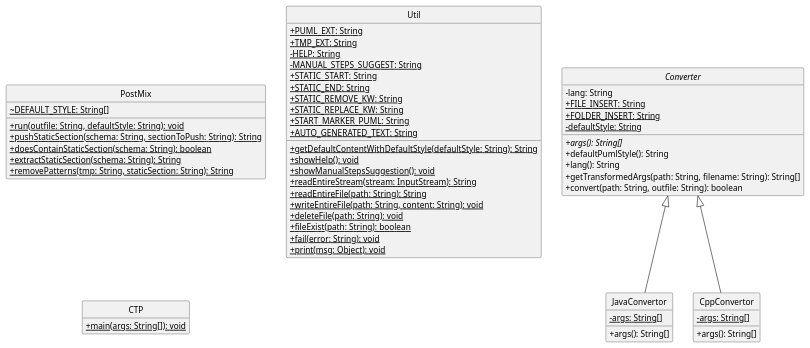
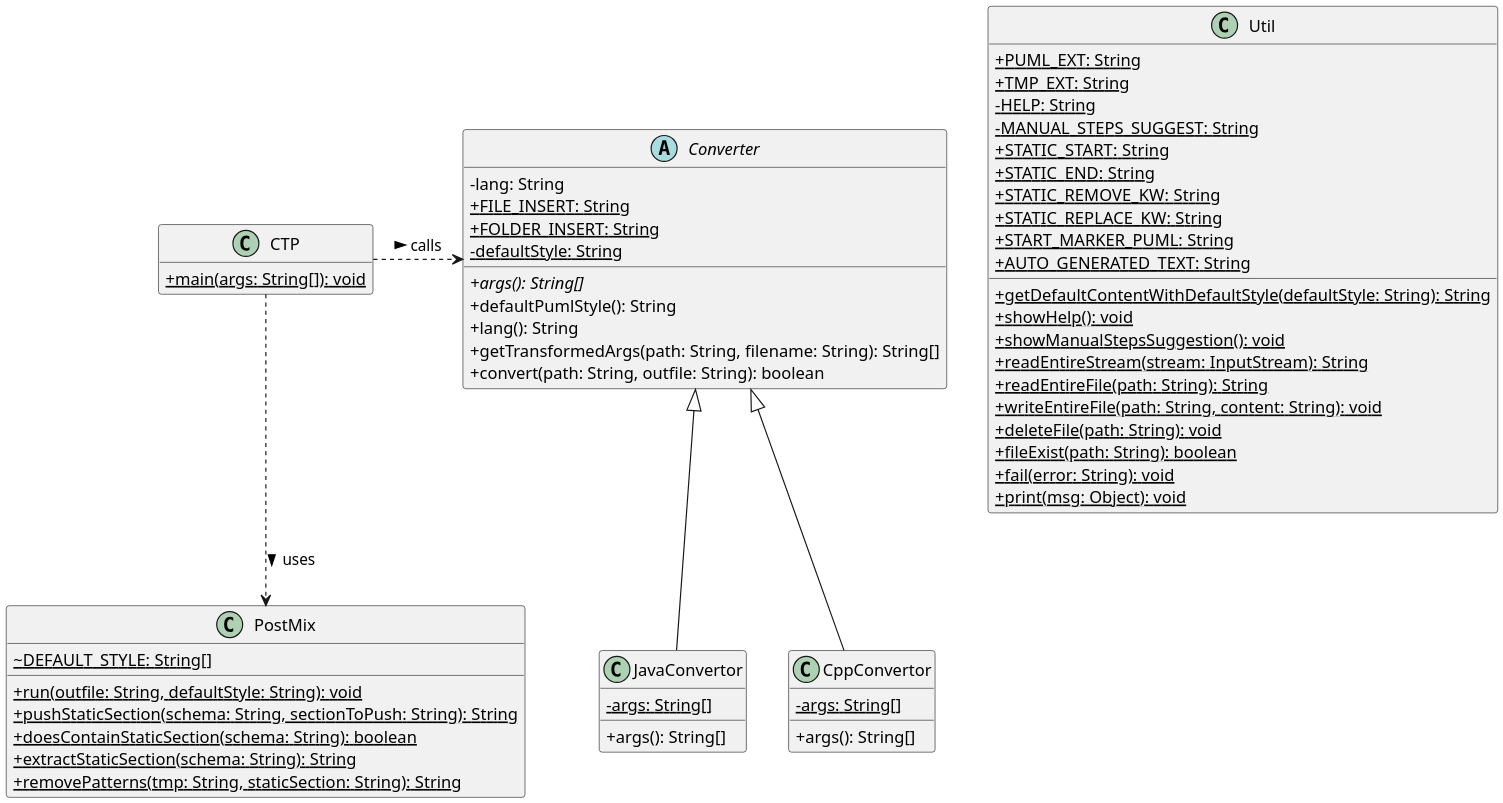
Before and after one commit to samuelroland/ctp: the diagram in examples/ctp.puml, drawn with PlantUML. The commit also changed 4 other files, not shown here.

```diff
--- a/examples/ctp.puml
+++ b/examples/ctp.puml
@@ -1,84 +1,83 @@
 @startuml
 
 ' STATIC
 ' Generated by CTP - https://github.com/samuelroland/ctp
 
 ' Style
 hide empty members
-hide circle
 skinparam classAttributeIconSize 0
-
+scale 2
 ' Additions
-
+CTP .down.> PostMix: uses >
+CTP .> Converter: calls >
 ' REMOVE
 
 ' ENDSTATIC
-
 abstract class Converter {
 	- lang: String
 	+ {static} FILE_INSERT: String
 	+ {static} FOLDER_INSERT: String
 	- {static} defaultStyle: String
 	+ {abstract}args(): String[]
 	+ defaultPumlStyle(): String
 	+ lang(): String
 	+ getTransformedArgs(path: String, filename: String): String[]
 	+ convert(path: String, outfile: String): boolean
 }
 
 
 class PostMix {
 	~ {static} DEFAULT_STYLE: String[]
 	+ {static} run(outfile: String, defaultStyle: String): void
 	+ {static} pushStaticSection(schema: String, sectionToPush: String): String
 	+ {static} doesContainStaticSection(schema: String): boolean
 	+ {static} extractStaticSection(schema: String): String
 	+ {static} removePatterns(tmp: String, staticSection: String): String
 }
 
 
 class Util {
 	+ {static} PUML_EXT: String
 	+ {static} TMP_EXT: String
 	- {static} HELP: String
 	- {static} MANUAL_STEPS_SUGGEST: String
 	+ {static} STATIC_START: String
 	+ {static} STATIC_END: String
 	+ {static} STATIC_REMOVE_KW: String
 	+ {static} STATIC_REPLACE_KW: String
 	+ {static} START_MARKER_PUML: String
 	+ {static} AUTO_GENERATED_TEXT: String
 	+ {static} getDefaultContentWithDefaultStyle(defaultStyle: String): String
 	+ {static} showHelp(): void
 	+ {static} showManualStepsSuggestion(): void
 	+ {static} readEntireStream(stream: InputStream): String
 	+ {static} readEntireFile(path: String): String
 	+ {static} writeEntireFile(path: String, content: String): void
 	+ {static} deleteFile(path: String): void
 	+ {static} fileExist(path: String): boolean
 	+ {static} fail(error: String): void
 	+ {static} print(msg: Object): void
 }
 
 
 class JavaConvertor {
 	- {static} args: String[]
 	+ args(): String[]
 }
 
 
 class CTP {
 	+ {static} main(args: String[]): void
 }
 
 class CppConvertor {
 	- {static} args: String[]
 	+ args(): String[]
 }
 
 
 
 
 Converter <|-- JavaConvertor
 Converter <|-- CppConvertor
 @enduml
```
